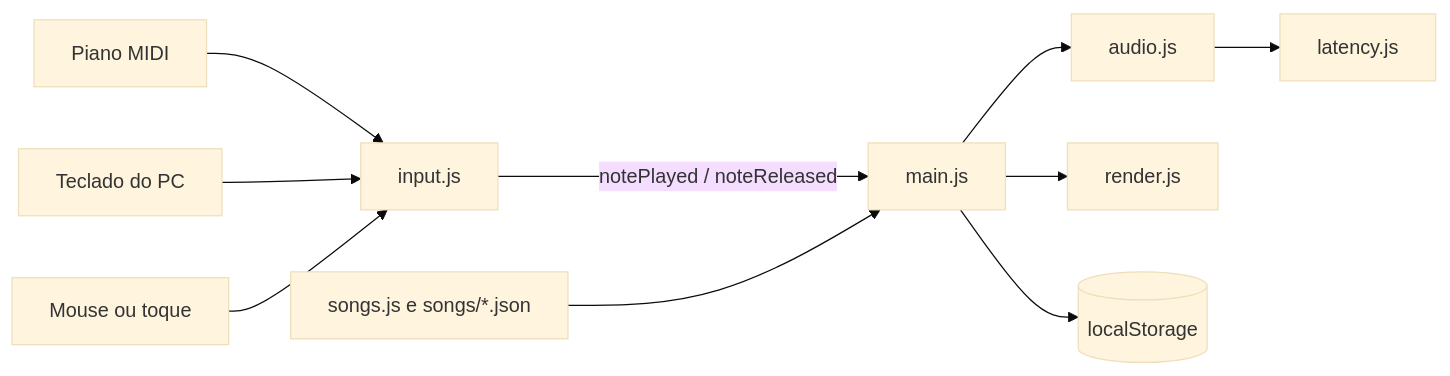
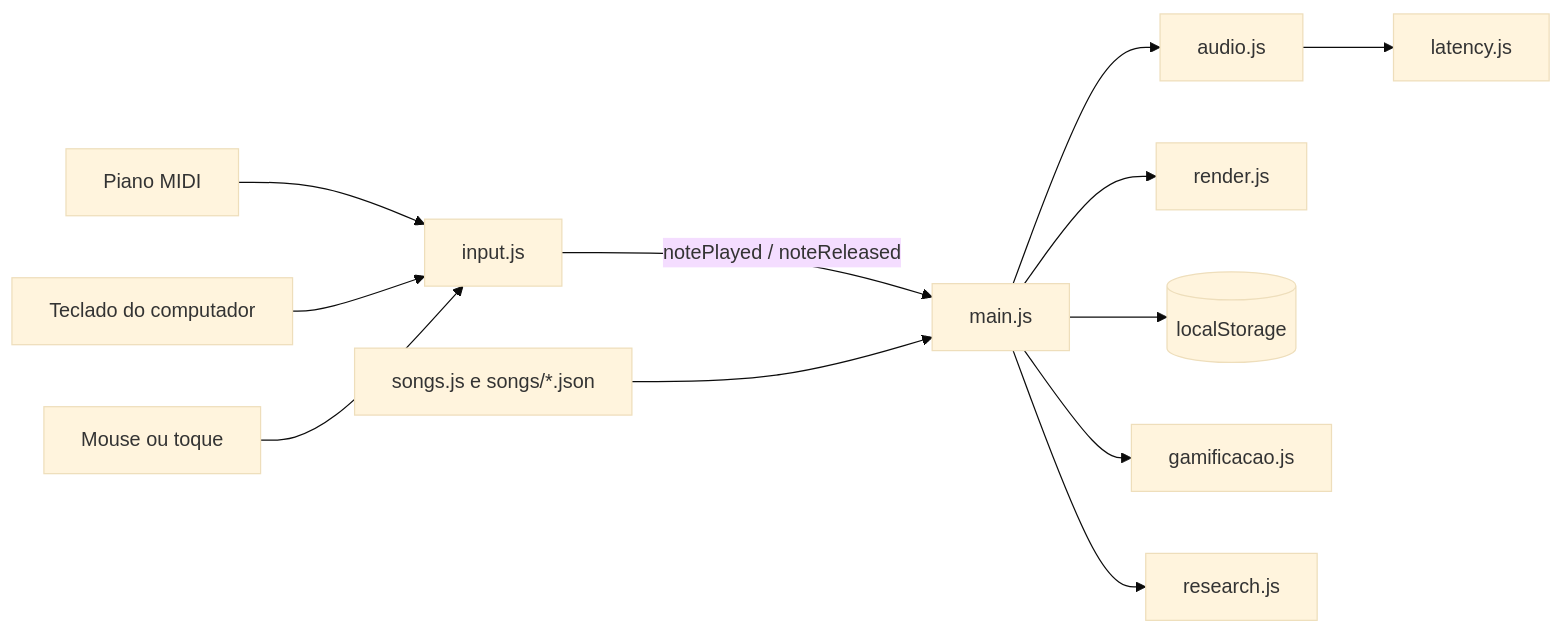
Before and after one commit to WellintonSCH/piano-hero: the diagram in docs/arquitetura.md, drawn with Mermaid (base theme). The commit also changed other lines of this file and 10 other files, not shown here.

````diff
--- a/docs/arquitetura.md
+++ b/docs/arquitetura.md
@@ -15,12 +15,14 @@
 ```mermaid
 flowchart LR
     MIDI[Piano MIDI] --> IN[input.js]
-    KB[Teclado do PC] --> IN
+    KB[Teclado do computador] --> IN
     PT[Mouse ou toque] --> IN
     IN -- "notePlayed / noteReleased" --> MAIN[main.js]
     SONGS[songs.js e songs/*.json] --> MAIN
     MAIN --> AUDIO[audio.js]
     MAIN --> RENDER[render.js]
     MAIN --> LS[(localStorage)]
     AUDIO --> LAT[latency.js]
+    MAIN --> GAM[gamificacao.js]
+    MAIN --> RES[research.js]
 ```
````
